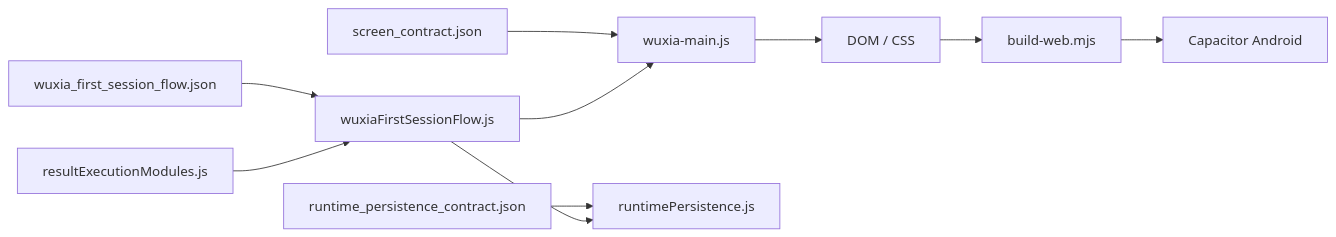
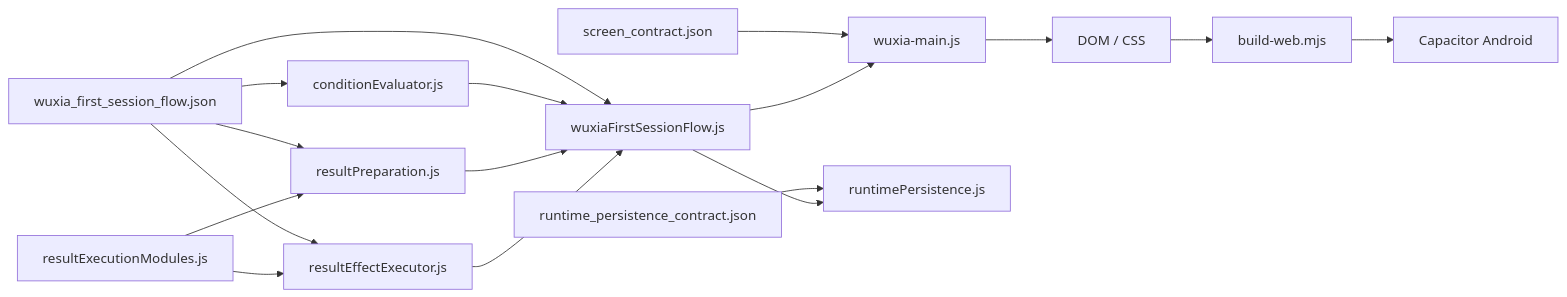
One commit to hjklmn314/idlewuxia changed the first of 2 diagrams in docs/codex_game_development_os/SYSTEM_ARCHITECTURE.md. Above: the diagram before and after it, drawn with Mermaid. The commit also changed other lines of this file and 17 other files, not shown here.

Commit message:
refactor(runtime): add transactional effect executor

````diff
--- a/docs/codex_game_development_os/SYSTEM_ARCHITECTURE.md
+++ b/docs/codex_game_development_os/SYSTEM_ARCHITECTURE.md
@@ -14,12 +14,19 @@
 ```mermaid
 flowchart LR
     A["wuxia_first_session_flow.json"] --> B["wuxiaFirstSessionFlow.js"]
     C["screen_contract.json"] --> D["wuxia-main.js"]
     E["runtime_persistence_contract.json"] --> F["runtimePersistence.js"]
+    A --> K["conditionEvaluator.js"]
+    A --> L["resultPreparation.js"]
+    A --> M["resultEffectExecutor.js"]
+    K --> B
+    L --> B
+    M --> B
     B --> D
     D --> G["DOM / CSS"]
     B --> F
-    H["resultExecutionModules.js"] --> B
+    H["resultExecutionModules.js"] --> L
+    H --> M
     G --> I["build-web.mjs"]
     I --> J["Capacitor Android"]
 ```
````
